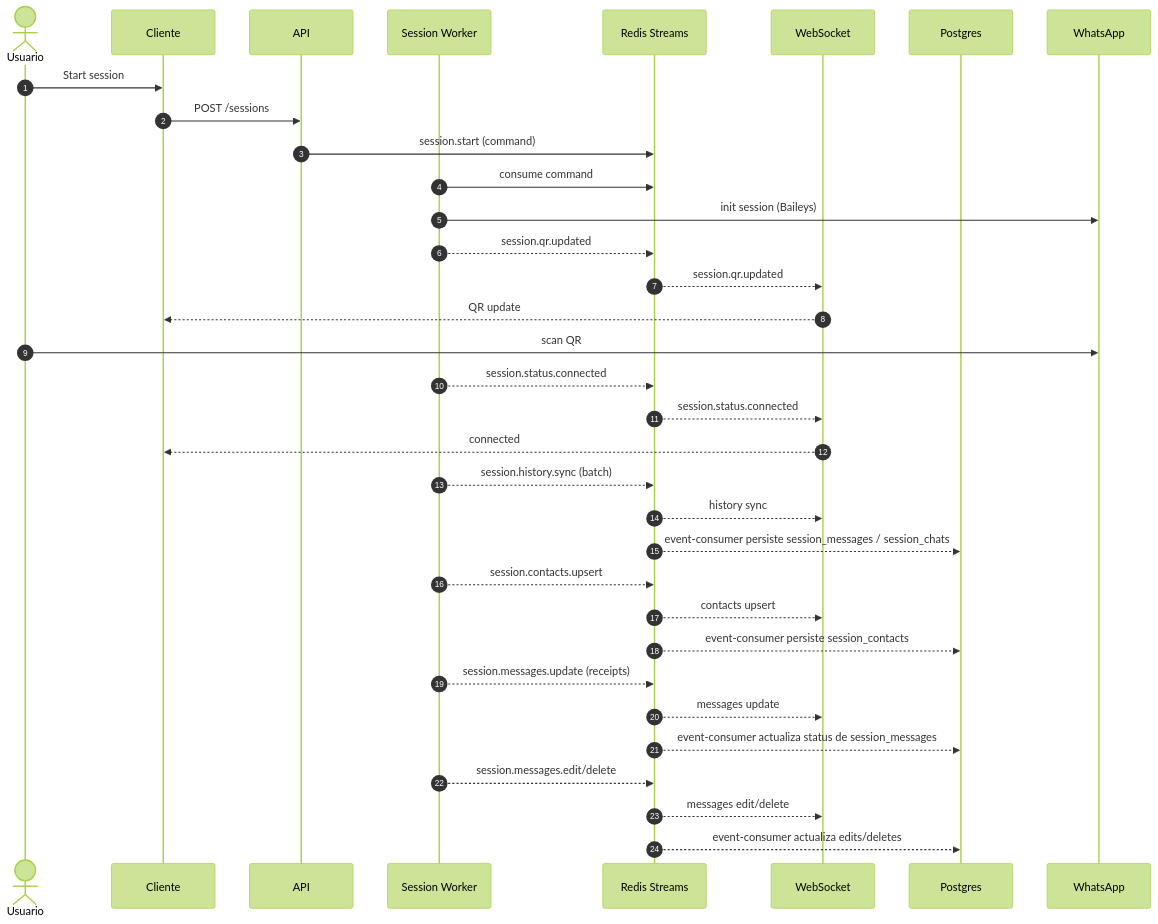
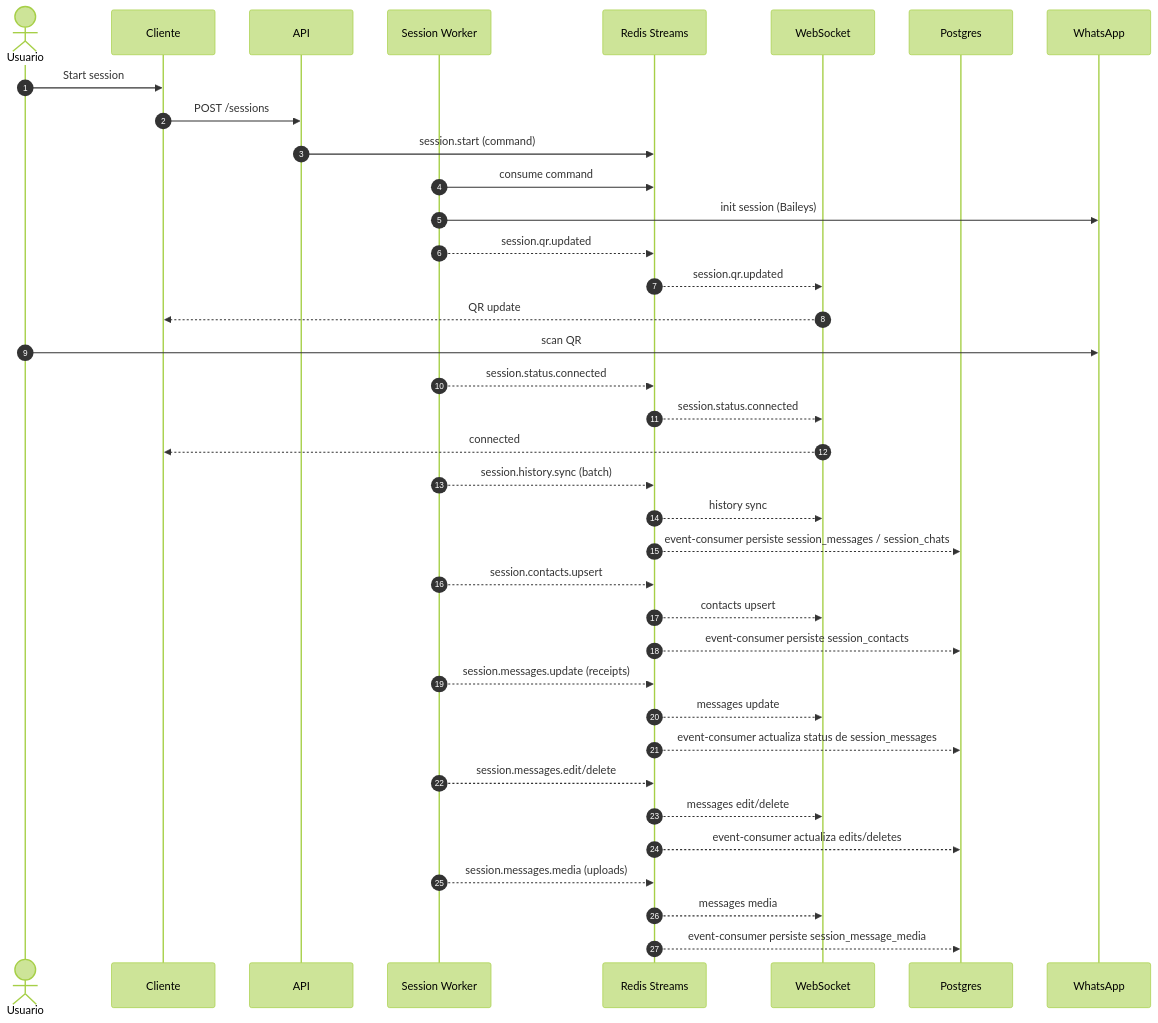
The fourth of 5 diagrams in docs/flow.md (werpoz/anna), drawn with Mermaid (forest theme) before and after one commit. The commit also changed other lines of this file and 26 other files, not shown here.

First line of the commit message:
feat: add media handling to session messages

````diff
--- a/docs/flow.md
+++ b/docs/flow.md
@@ -488,37 +548,40 @@
 ```mermaid
 sequenceDiagram
   autonumber
   actor User as Usuario
   participant Client as Cliente
   participant API as API
   participant Worker as Session Worker
   participant Redis as Redis Streams
   participant WS as WebSocket
   participant DB as Postgres
   participant WA as WhatsApp
 
   User->>Client: Start session
   Client->>API: POST /sessions
   API->>Redis: session.start (command)
   Worker->>Redis: consume command
   Worker->>WA: init session (Baileys)
   Worker-->>Redis: session.qr.updated
   Redis-->>WS: session.qr.updated
   WS-->>Client: QR update
   User->>WA: scan QR
   Worker-->>Redis: session.status.connected
   Redis-->>WS: session.status.connected
   WS-->>Client: connected
   Worker-->>Redis: session.history.sync (batch)
   Redis-->>WS: history sync
   Redis-->>DB: event-consumer persiste session_messages / session_chats
   Worker-->>Redis: session.contacts.upsert
   Redis-->>WS: contacts upsert
   Redis-->>DB: event-consumer persiste session_contacts
   Worker-->>Redis: session.messages.update (receipts)
   Redis-->>WS: messages update
   Redis-->>DB: event-consumer actualiza status de session_messages
   Worker-->>Redis: session.messages.edit/delete
   Redis-->>WS: messages edit/delete
   Redis-->>DB: event-consumer actualiza edits/deletes
+  Worker-->>Redis: session.messages.media (uploads)
+  Redis-->>WS: messages media
+  Redis-->>DB: event-consumer persiste session_message_media
 ```
````
